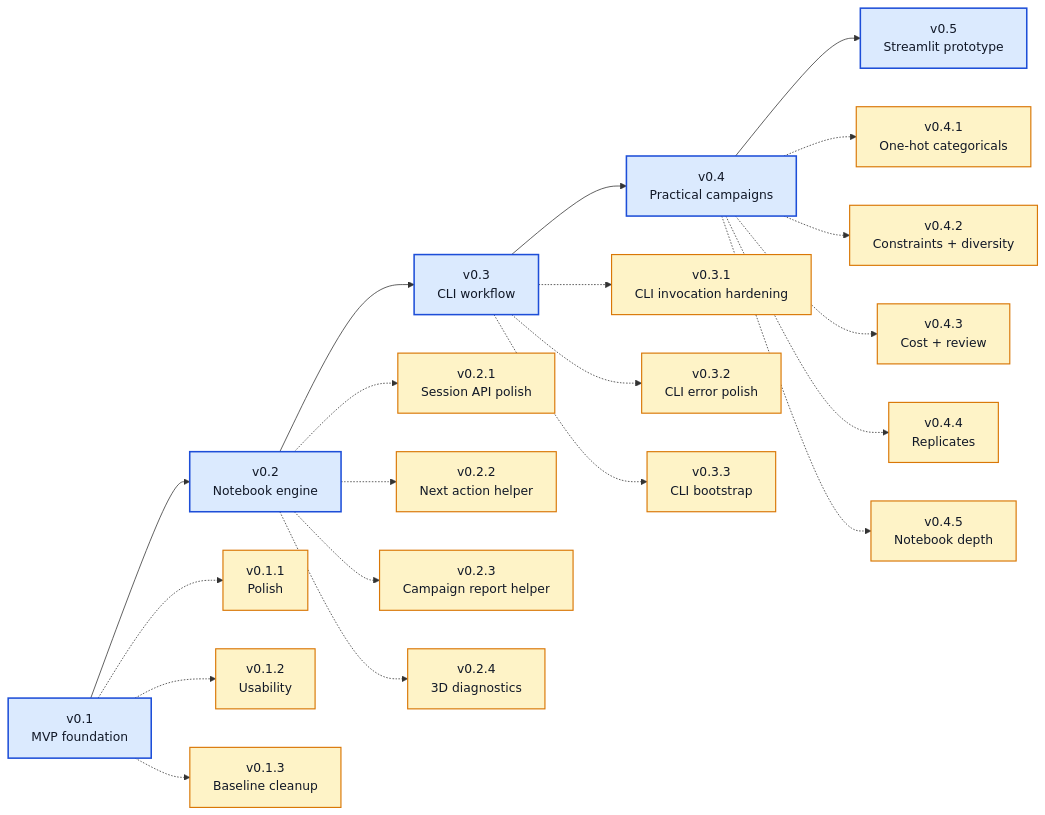
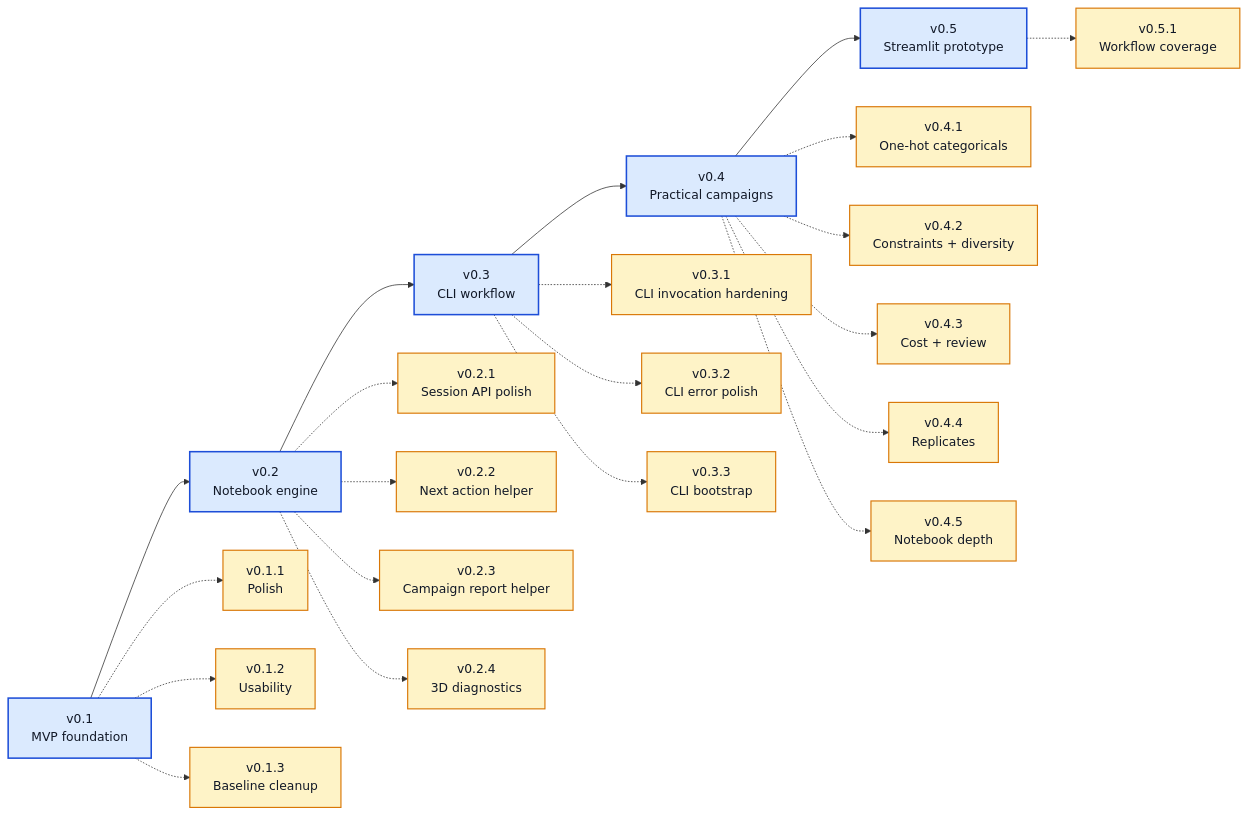
The diagram in ROADMAP.md (angzeli/bo-forge), drawn with Mermaid before and after one commit. The commit also changed other lines of this file and 10 other files, not shown here.

Commit message:
v0.5.1 update: workflow coverage

````diff
--- a/ROADMAP.md
+++ b/ROADMAP.md
@@ -7,44 +7,46 @@
 ```mermaid
 flowchart LR
     v01["v0.1<br/>MVP foundation"] --> v02["v0.2<br/>Notebook engine"] --> v03["v0.3<br/>CLI workflow"] --> v04["v0.4<br/>Practical campaigns"] --> v05["v0.5<br/>Streamlit prototype"]
 
     v011["v0.1.1<br/>Polish"]
     v012["v0.1.2<br/>Usability"]
     v013["v0.1.3<br/>Baseline cleanup"]
     v021["v0.2.1<br/>Session API polish"]
     v022["v0.2.2<br/>Next action helper"]
     v023["v0.2.3<br/>Campaign report helper"]
     v024["v0.2.4<br/>3D diagnostics"]
     v031["v0.3.1<br/>CLI invocation hardening"]
     v032["v0.3.2<br/>CLI error polish"]
     v033["v0.3.3<br/>CLI bootstrap"]
     v041["v0.4.1<br/>One-hot categoricals"]
     v042["v0.4.2<br/>Constraints + diversity"]
     v043["v0.4.3<br/>Cost + review"]
     v044["v0.4.4<br/>Replicates"]
     v045["v0.4.5<br/>Notebook depth"]
+    v051["v0.5.1<br/>Workflow coverage"]
     
     v01 -.-> v011
     v01 -.-> v012
     v01 -.-> v013
     v02 -.-> v021
     v02 -.-> v022
     v02 -.-> v023
     v02 -.-> v024
     v03 -.-> v031
     v03 -.-> v032
     v03 -.-> v033
     v04 -.-> v041
     v04 -.-> v042
     v04 -.-> v043
     v04 -.-> v044
     v04 -.-> v045
+    v05 -.-> v051
     
     class v01,v02,v03,v04,v05 majorDone
-    class v011,v012,v013,v021,v022,v023,v024,v031,v032,v033,v041,v042,v043,v044,v045 patchDone
+    class v011,v012,v013,v021,v022,v023,v024,v031,v032,v033,v041,v042,v043,v044,v045,v051 patchDone
 
     classDef majorDone fill:#dbeafe,stroke:#1d4ed8,stroke-width:2px,color:#111827;
     classDef majorNext fill:#dcfce7,stroke:#16a34a,stroke-width:2px,color:#111827;
     classDef majorFuture fill:#f3f4f6,stroke:#6b7280,stroke-width:2px,color:#111827;
     classDef patchDone fill:#fef3c7,stroke:#d97706,stroke-width:1.5px,color:#111827;
 ```
````
